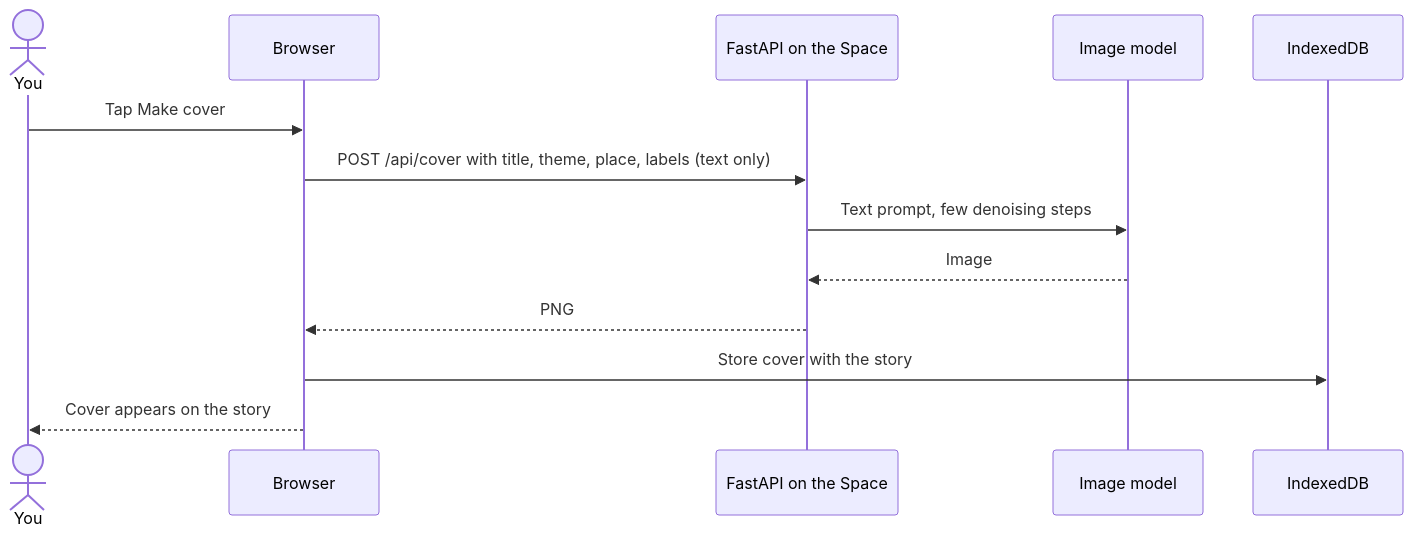
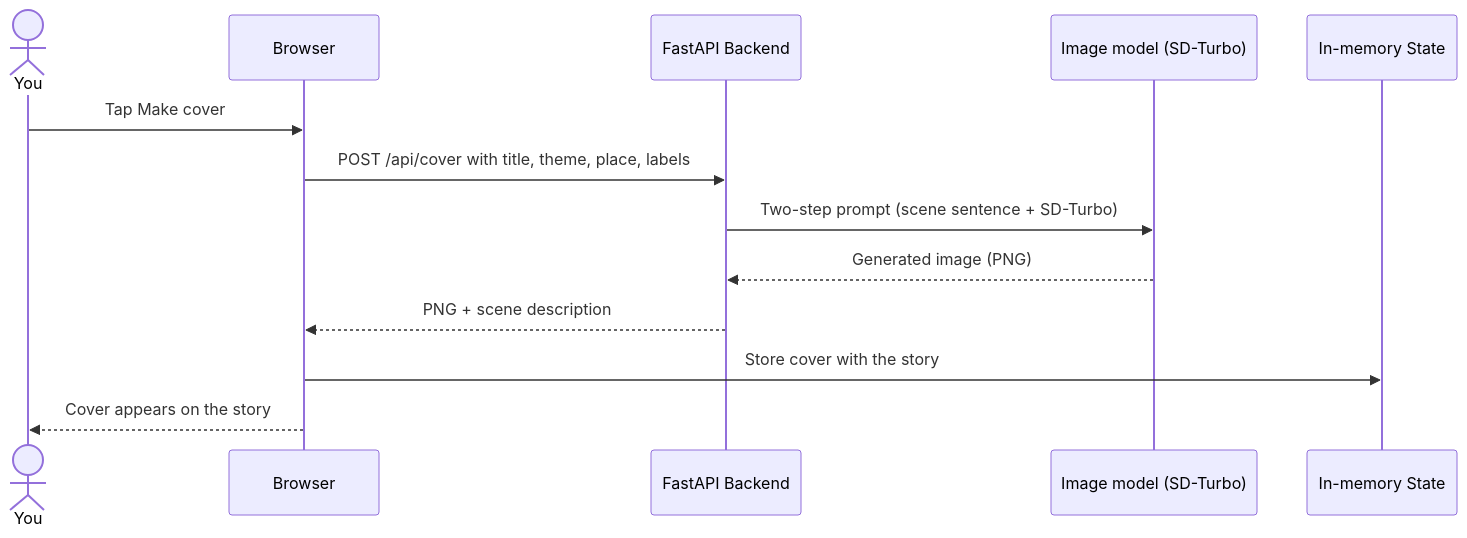
One commit to archangel2006/wayside changed the sixth of 8 diagrams in docs/diagrams.md. Above: the diagram before and after it, drawn with Mermaid. The commit also changed other lines of this file and 5 other files, not shown here.

````diff
--- a/docs/diagrams.md
+++ b/docs/diagrams.md
@@ -136,16 +136,16 @@
 ```mermaid
 sequenceDiagram
   actor U as You
   participant UI as Browser
-  participant API as FastAPI on the Space
-  participant I as Image model
-  participant DB as IndexedDB
+  participant API as FastAPI Backend
+  participant I as Image model (SD-Turbo)
+  participant MEM as In-memory State
 
   U->>UI: Tap Make cover
-  UI->>API: POST /api/cover with title, theme, place, labels (text only)
-  API->>I: Text prompt, few denoising steps
-  I-->>API: Image
-  API-->>UI: PNG
-  UI->>DB: Store cover with the story
+  UI->>API: POST /api/cover with title, theme, place, labels
+  API->>I: Two-step prompt (scene sentence + SD-Turbo)
+  I-->>API: Generated image (PNG)
+  API-->>UI: PNG + scene description
+  UI->>MEM: Store cover with the story
   UI-->>U: Cover appears on the story
 ```
````
